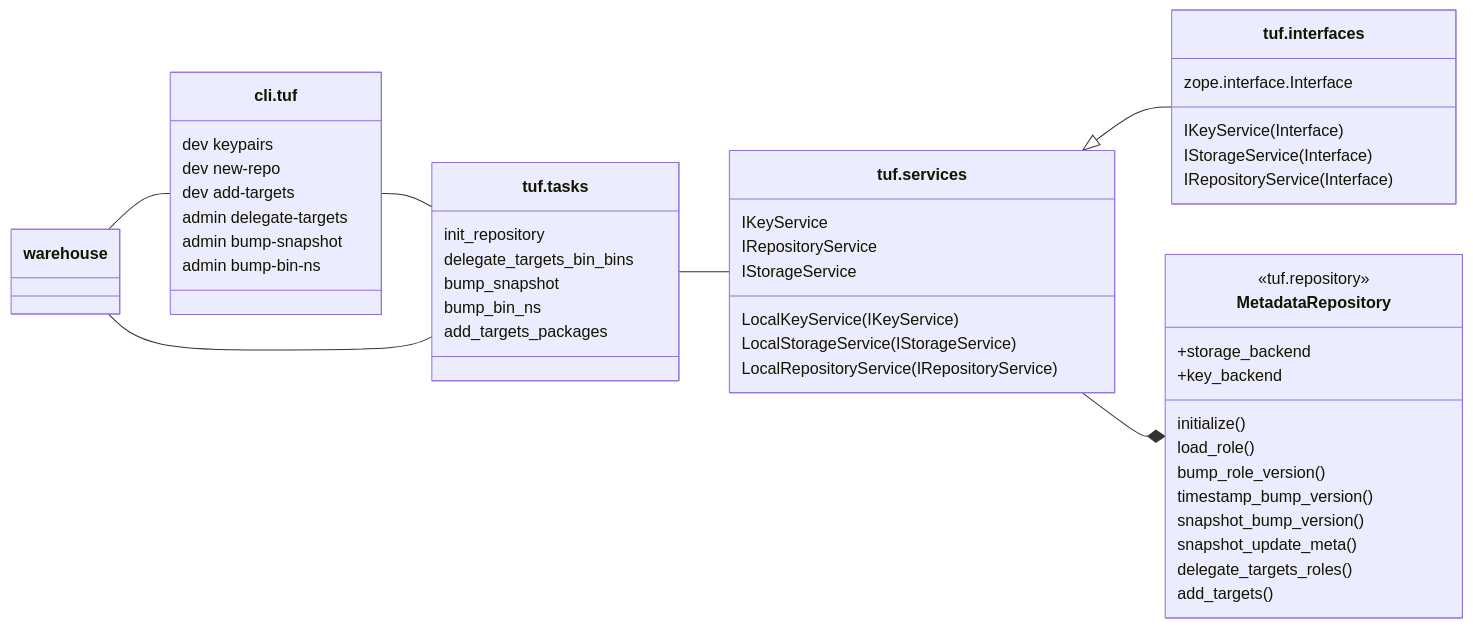
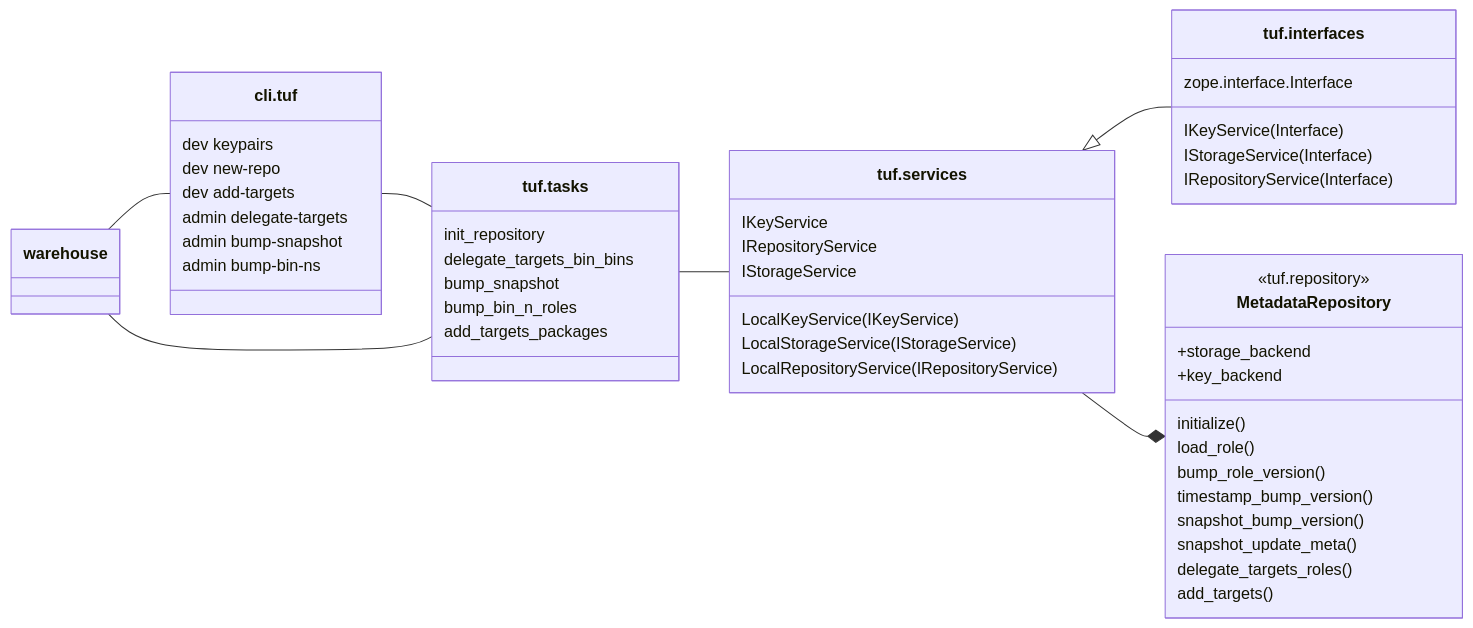
Before and after one commit to lukpueh/warehouse: the third of 3 diagrams in warehouse/tuf/README.md, drawn with Mermaid. The commit also changed 4 other files, not shown here.

````diff
--- a/warehouse/tuf/README.md
+++ b/warehouse/tuf/README.md
@@ -152,55 +152,55 @@
   ```mermaid
     classDiagram 
       direction LR
       class MetadataRepository {
         <<tuf.repository>>
         +storage_backend
         +key_backend
         initialize()
         load_role()
         bump_role_version()
         timestamp_bump_version()
         snapshot_bump_version()
         snapshot_update_meta()
         delegate_targets_roles()
         add_targets()
       }
       class `tuf.interfaces` {
         zope.interface.Interface
         IKeyService(Interface)
         IStorageService(Interface)
         IRepositoryService(Interface)
       }
       class `tuf.services` {
         IKeyService
         IRepositoryService
         IStorageService        
         LocalKeyService(IKeyService)
         LocalStorageService(IStorageService)
         LocalRepositoryService(IRepositoryService)
       }
       class `tuf.tasks` {
         init_repository
         delegate_targets_bin_bins
         bump_snapshot
-        bump_bin_ns
+        bump_bin_n_roles
         add_targets_packages
       }
 
       class `cli.tuf`{
           dev keypairs
           dev new-repo
           dev add-targets
           admin delegate-targets
           admin bump-snapshot
           admin bump-bin-ns
       }
 
 
       `tuf.services` <|-- `tuf.interfaces`
       `tuf.services` --* MetadataRepository
       `tuf.tasks` -- `tuf.services`
       `cli.tuf` -- `tuf.tasks`
       warehouse -- `cli.tuf`
       warehouse -- `tuf.tasks`
   ```
````
